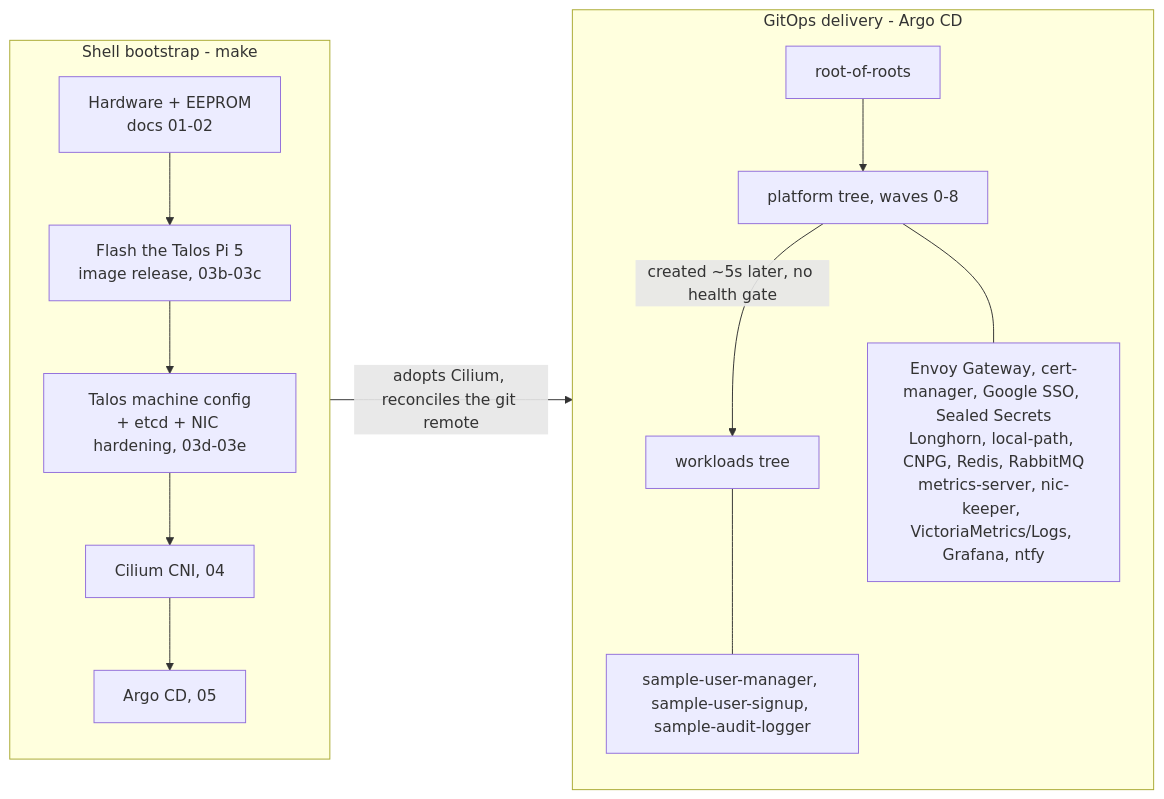
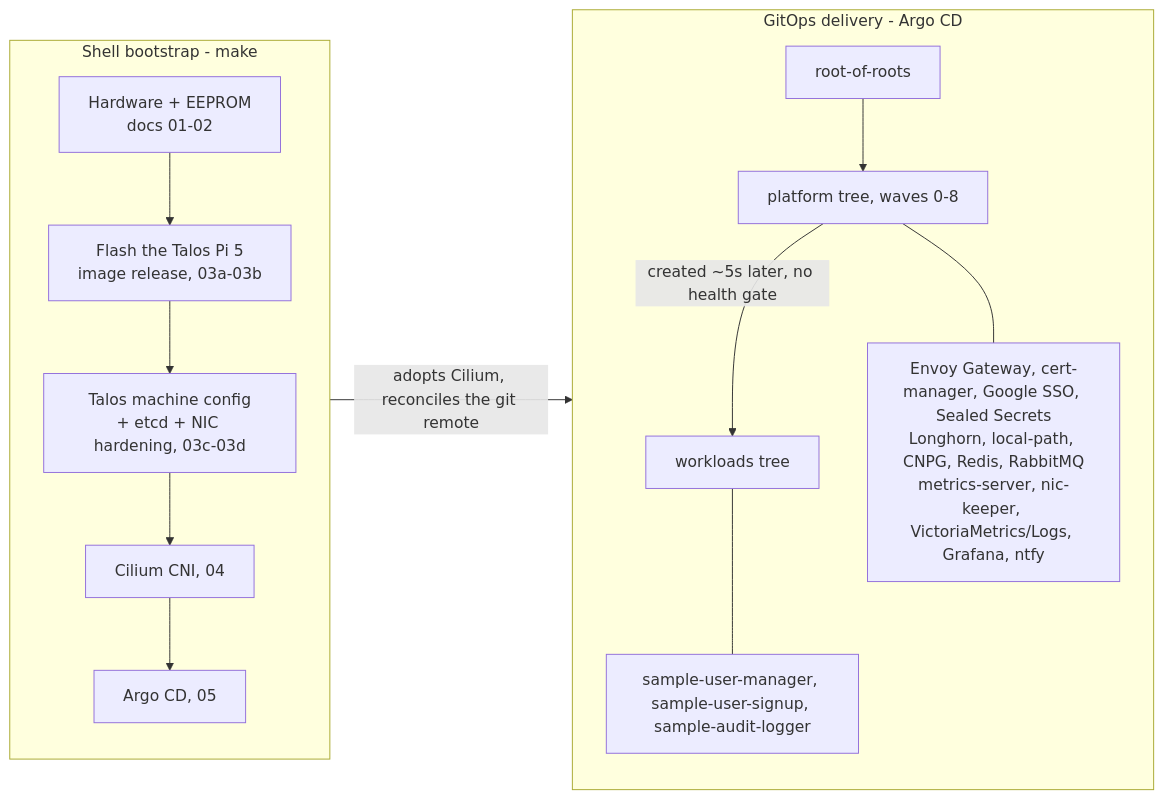
The diagram in README.md (yama6a/pi5-k8s-cluster), drawn with Mermaid before and after one commit. The commit also changed other lines of this file and 39 other files, not shown here.

````diff
--- a/README.md
+++ b/README.md
@@ -111,18 +111,18 @@
 ```mermaid
 flowchart LR
     subgraph imp["Shell bootstrap - make"]
         direction TB
-        HW["Hardware + EEPROM<br/>docs 01-02"] --> IMG["Flash the Talos Pi 5<br/>image release, 03b-03c"]
-        IMG --> TAL["Talos machine config<br/>+ etcd + NIC hardening, 03d-03e"]
+        HW["Hardware + EEPROM<br/>docs 01-02"] --> IMG["Flash the Talos Pi 5<br/>image release, 03a-03b"]
+        IMG --> TAL["Talos machine config<br/>+ etcd + NIC hardening, 03c-03d"]
         TAL --> CIL["Cilium CNI, 04"]
         CIL --> ARGO["Argo CD, 05"]
     end
     ARGO -->|" adopts Cilium, reconciles the git remote "| ROOT["root-of-roots"]
     subgraph gitops["GitOps delivery - Argo CD"]
         direction TB
         ROOT --> PLAT["platform tree, waves 0-8"]
         PLAT -->|" created ~5s later, no health gate "| WORK["workloads tree"]
         PLAT --- PC["Envoy Gateway, cert-manager, Google SSO, Sealed Secrets<br/>Longhorn, local-path, CNPG, Redis, RabbitMQ<br/>metrics-server, nic-keeper, VictoriaMetrics/Logs, Grafana, ntfy"]
         WORK --- WC["sample-user-manager, sample-user-signup, sample-audit-logger"]
     end
 ```
````
